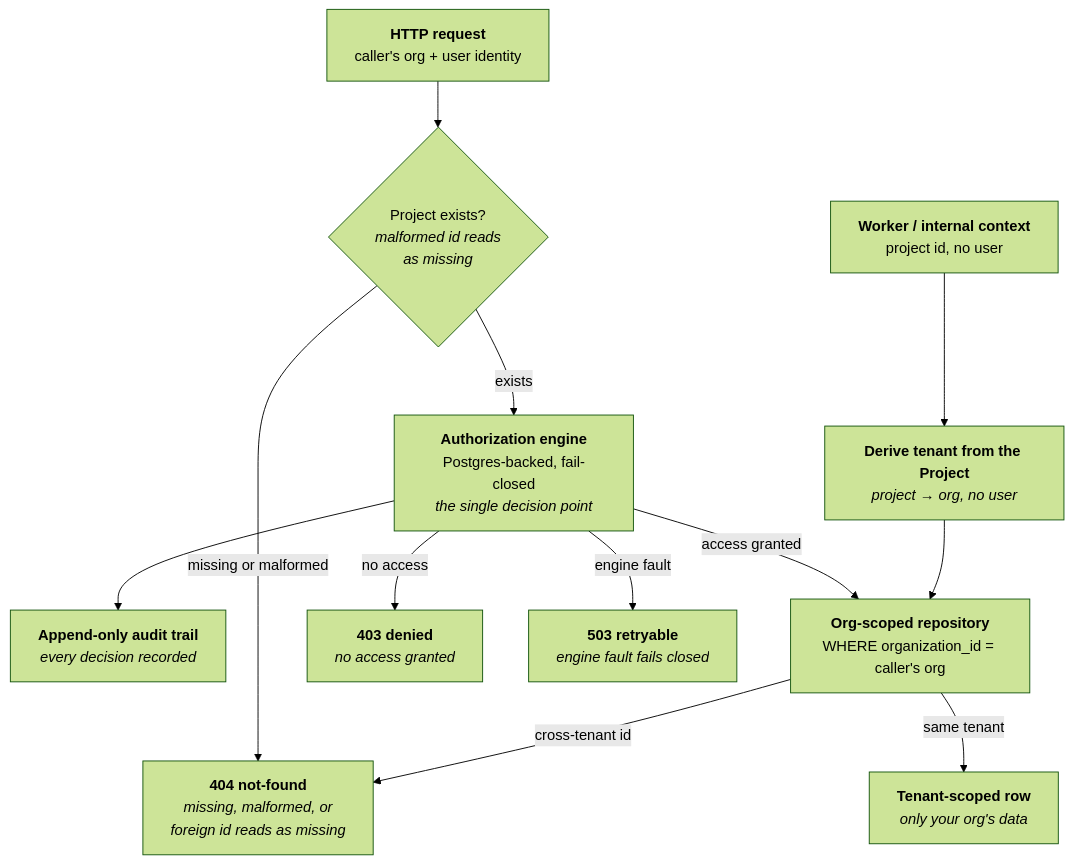
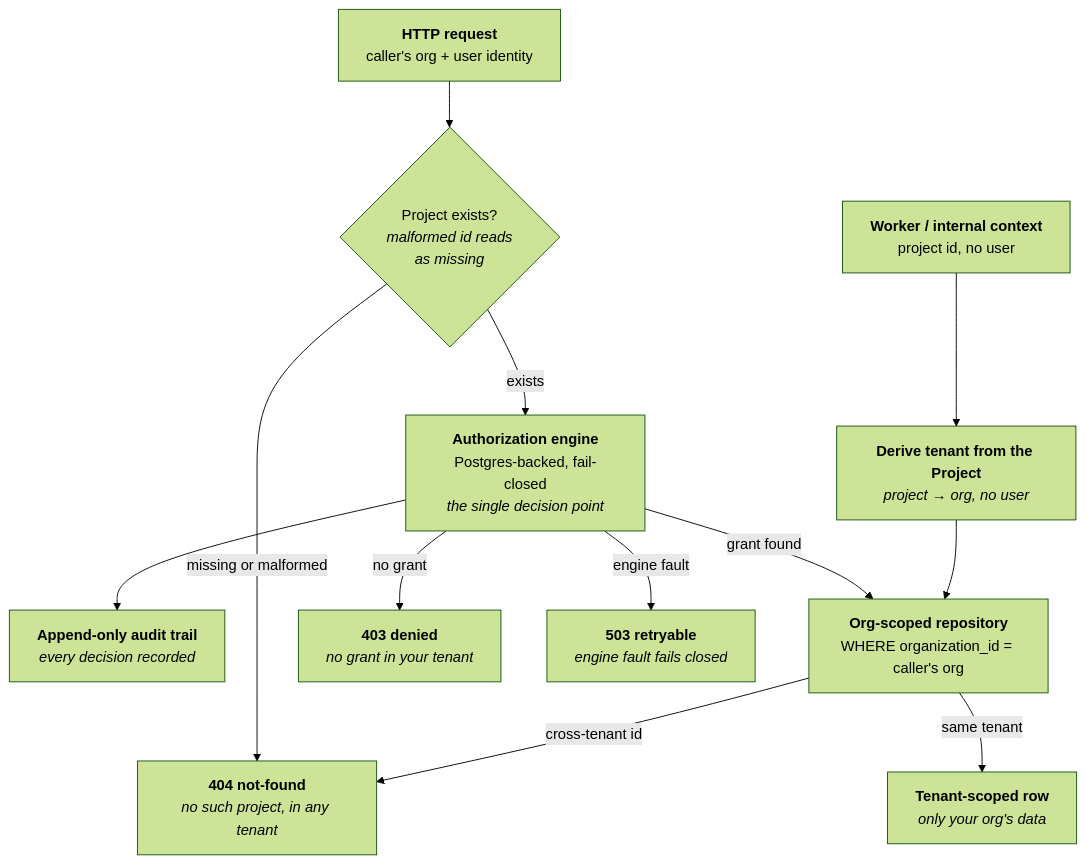
One commit to Provar-TrustAI/docs changed the diagram in concepts/multi-tenancy.mdx. Above: the diagram before and after it, drawn with Mermaid (forest theme). The commit also changed other lines of this file, not shown here.

````diff
--- a/concepts/multi-tenancy.mdx
+++ b/concepts/multi-tenancy.mdx
@@ -33,30 +80,30 @@
 ```mermaid
 flowchart TB
     REQ["<b>HTTP request</b><br/>caller's org + user identity"]
     WRK["<b>Worker / internal context</b><br/>project id, no user"]
 
     EXISTS{"Project exists?<br/><i>malformed id reads<br/>as missing</i>"}
     ENGINE["<b>Authorization engine</b><br/>Postgres-backed, fail-closed<br/><i>the single decision point</i>"]
     AUDIT["<b>Append-only audit trail</b><br/><i>every decision recorded</i>"]
     RESOLVE["<b>Derive tenant from the Project</b><br/><i>project → org, no user</i>"]
 
     REPO["<b>Org-scoped repository</b><br/>WHERE organization_id = caller's org"]
     ROW["<b>Tenant-scoped row</b><br/><i>only your org's data</i>"]
-    DENY404["<b>404 not-found</b><br/><i>missing, malformed, or<br/>foreign id reads as missing</i>"]
-    DENY403["<b>403 denied</b><br/><i>no access granted</i>"]
+    DENY404["<b>404 not-found</b><br/><i>no such project, in any tenant</i>"]
+    DENY403["<b>403 denied</b><br/><i>no grant in your tenant</i>"]
     FAULT["<b>503 retryable</b><br/><i>engine fault fails closed</i>"]
 
     REQ --> EXISTS
     EXISTS -->|"missing or malformed"| DENY404
     EXISTS -->|"exists"| ENGINE
     ENGINE --> AUDIT
-    ENGINE -->|"access granted"| REPO
-    ENGINE -->|"no access"| DENY403
+    ENGINE -->|"grant found"| REPO
+    ENGINE -->|"no grant"| DENY403
     ENGINE -->|"engine fault"| FAULT
 
     WRK --> RESOLVE
     RESOLVE --> REPO
 
     REPO -->|"same tenant"| ROW
     REPO -->|"cross-tenant id"| DENY404
 ```
````
